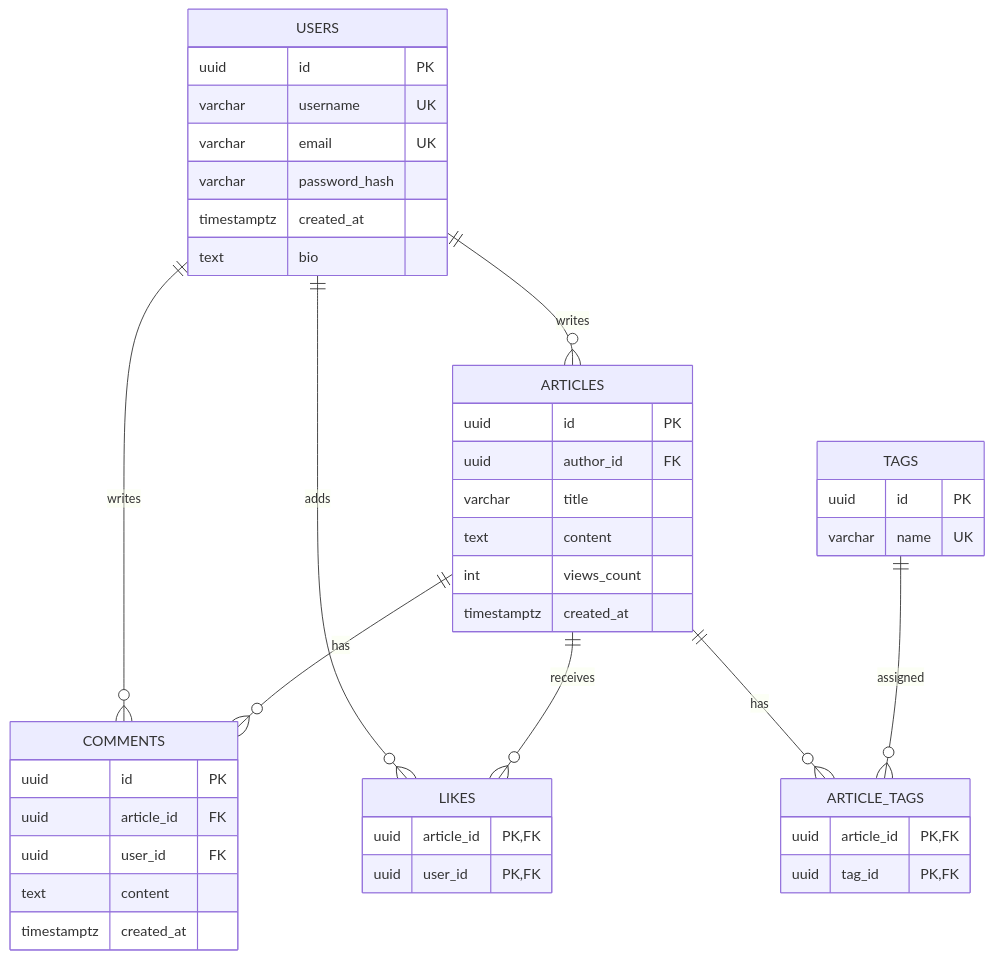
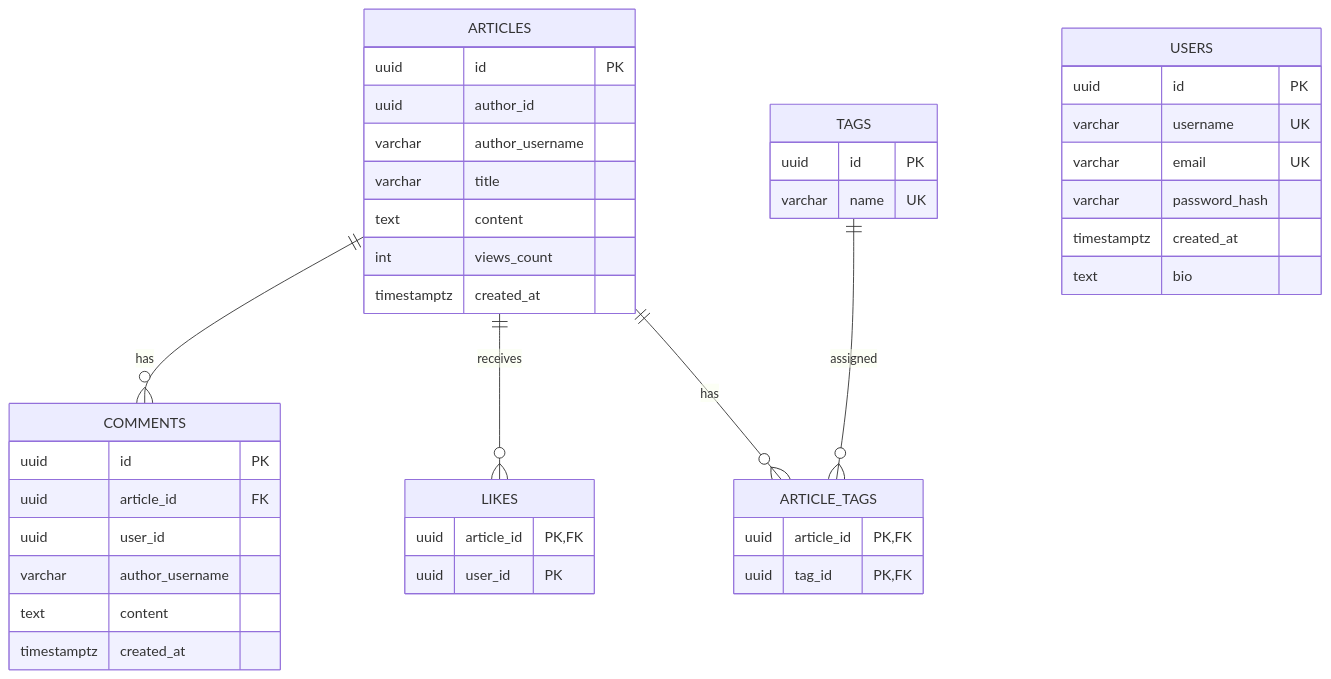
One commit to lya122221/Blog-Backend changed the diagram in README.md. Above: the diagram before and after it, drawn with Mermaid. The commit also changed other lines of this file and 2 other files, not shown here.

Commit message:
feat: detach content authors from local users

````diff
--- a/README.md
+++ b/README.md
@@ -77,46 +77,45 @@
 ```mermaid
 erDiagram
-    USERS ||--o{ ARTICLES : writes
-    USERS ||--o{ COMMENTS : writes
-    USERS ||--o{ LIKES : adds
     ARTICLES ||--o{ COMMENTS : has
     ARTICLES ||--o{ LIKES : receives
     ARTICLES ||--o{ ARTICLE_TAGS : has
     TAGS ||--o{ ARTICLE_TAGS : assigned
 
     USERS {
         uuid id PK
         varchar username UK
         varchar email UK
         varchar password_hash
         timestamptz created_at
         text bio
     }
     ARTICLES {
         uuid id PK
-        uuid author_id FK
+        uuid author_id
+        varchar author_username
         varchar title
         text content
         int views_count
         timestamptz created_at
     }
     TAGS {
         uuid id PK
         varchar name UK
     }
     ARTICLE_TAGS {
         uuid article_id PK, FK
         uuid tag_id PK, FK
     }
     COMMENTS {
         uuid id PK
         uuid article_id FK
-        uuid user_id FK
+        uuid user_id
+        varchar author_username
         text content
         timestamptz created_at
     }
     LIKES {
         uuid article_id PK, FK
-        uuid user_id PK, FK
+        uuid user_id PK
     }
 ```
````
